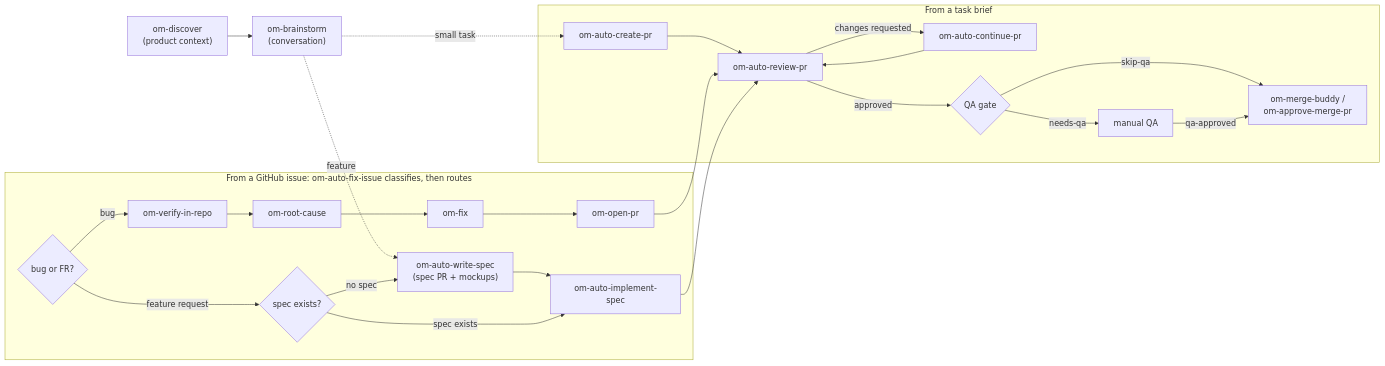
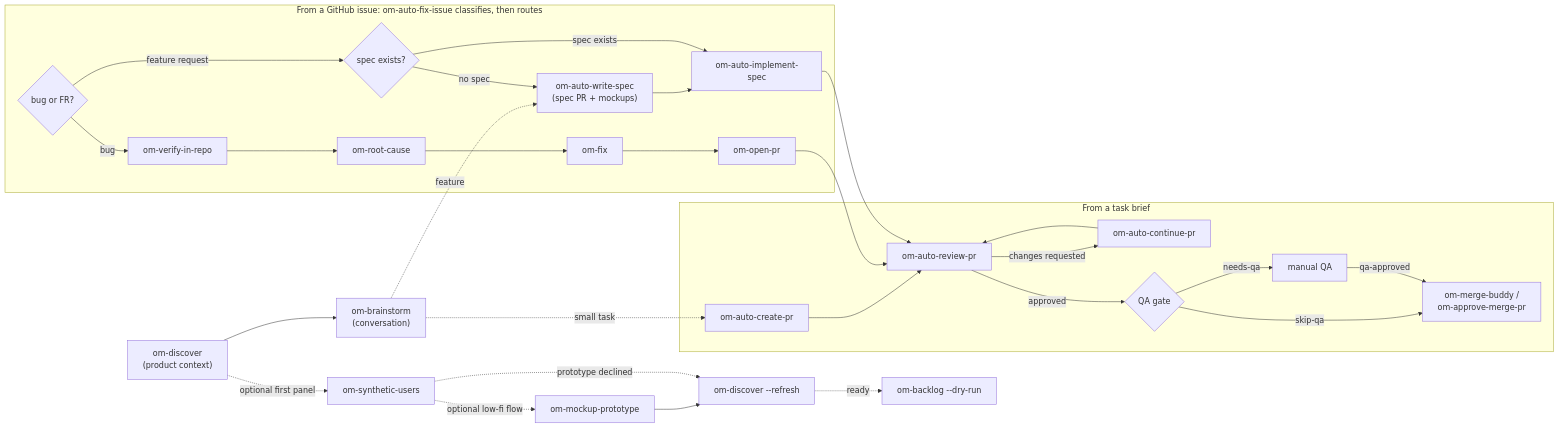
The diagram in README.md (open-mercato/skills), drawn with Mermaid before and after one commit. The commit also changed other lines of this file and 60 other files, not shown here.

````diff
--- a/README.md
+++ b/README.md
@@ -101,28 +101,33 @@
 ```mermaid
 flowchart LR
     discover["om-discover<br/>(product context)"] --> brainstorm
+    discover -. "optional first panel" .-> panel["om-synthetic-users"]
+    panel -. "optional low-fi flow" .-> prototype["om-mockup-prototype"]
+    prototype --> refresh["om-discover --refresh"]
+    panel -. "prototype declined" .-> refresh
+    refresh -. "ready" .-> backlog["om-backlog --dry-run"]
     brainstorm["om-brainstorm<br/>(conversation)"] -. "small task" .-> createPR
     brainstorm -. "feature" .-> writeSpec
     subgraph brief ["From a task brief"]
         createPR["om-auto-create-pr"] --> reviewPR["om-auto-review-pr"]
         reviewPR -- "changes requested" --> continuePR["om-auto-continue-pr"]
         continuePR --> reviewPR
         reviewPR -- "approved" --> qaGate{"QA gate"}
         qaGate -- "skip-qa" --> mergePR["om-merge-buddy /<br/>om-approve-merge-pr"]
         qaGate -- "needs-qa" --> manualQA["manual QA"]
         manualQA -- "qa-approved" --> mergePR
     end
     subgraph issue ["From a GitHub issue: om-auto-fix-issue classifies, then routes"]
         classify{"bug or FR?"}
         classify -- "bug" --> verifyStep["om-verify-in-repo"]
         verifyStep --> rootCause["om-root-cause"]
         rootCause --> applyFix["om-fix"]
         applyFix --> openPR["om-open-pr"]
         classify -- "feature request" --> specExists{"spec exists?"}
         specExists -- "no spec" --> writeSpec["om-auto-write-spec<br/>(spec PR + mockups)"]
         writeSpec --> implementSpec["om-auto-implement-spec"]
         specExists -- "spec exists" --> implementSpec
     end
     openPR --> reviewPR
     implementSpec --> reviewPR
 ```
````
